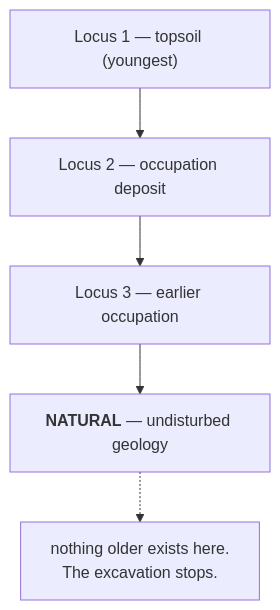
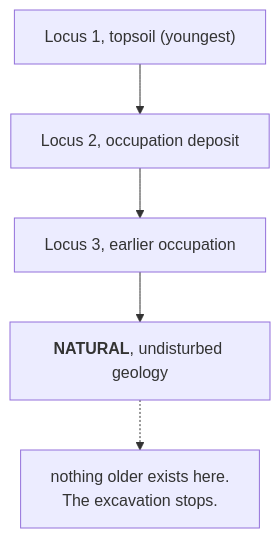
Before and after one commit to jennarbates/StratigraphyGenerator: the diagram in docs/archaeology/natural.md, drawn with Mermaid. The commit also changed other lines of this file and 309 other files, not shown here.

````diff
--- a/docs/archaeology/natural.md
+++ b/docs/archaeology/natural.md
@@ -33,9 +33,9 @@
 ```mermaid
 flowchart TB
-  L1["Locus 1 — topsoil (youngest)"]
-  L2["Locus 2 — occupation deposit"]
-  L3["Locus 3 — earlier occupation"]
-  N["<b>NATURAL</b> — undisturbed geology"]
+  L1["Locus 1, topsoil (youngest)"]
+  L2["Locus 2, occupation deposit"]
+  L3["Locus 3, earlier occupation"]
+  N["<b>NATURAL</b>, undisturbed geology"]
   L1 --> L2 --> L3 --> N
   N -.-> B["nothing older exists here.<br/>The excavation stops."]
 ```
````
